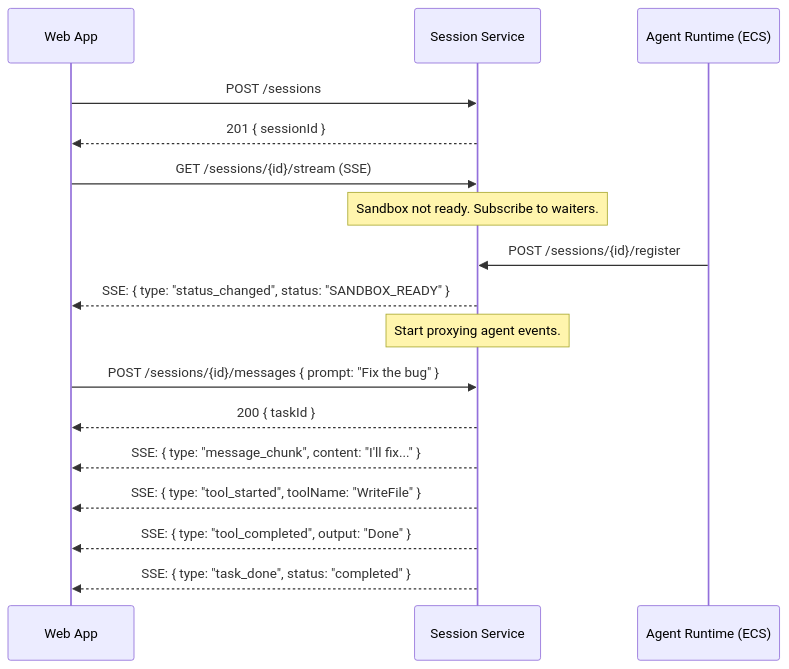
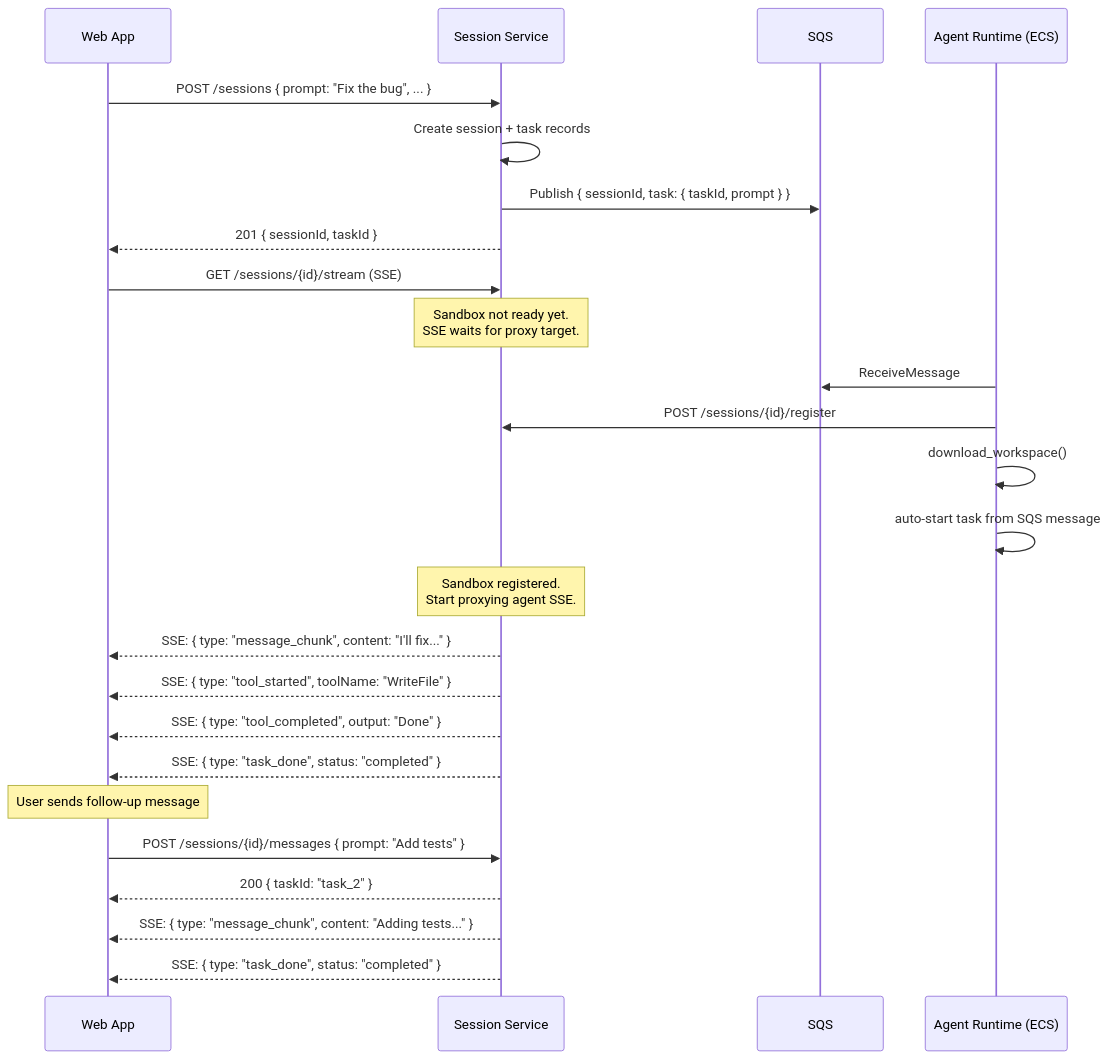
One commit to suman724/cowork-infra changed the second of 4 diagrams in docs/design/simplified-session-api.md. Above: the diagram before and after it, drawn with Mermaid. The commit also changed other lines of this file, not shown here.

First line of the commit message:
docs: bundled first task, remove SseNotifier, simplify /stream

````diff
--- a/docs/design/simplified-session-api.md
+++ b/docs/design/simplified-session-api.md
@@ -252,24 +275,34 @@
 ```mermaid
 sequenceDiagram
     participant Web as Web App
     participant SS as Session Service
+    participant SQS as SQS
     participant Agent as Agent Runtime (ECS)
 
-    Web->>SS: POST /sessions
-    SS-->>Web: 201 { sessionId }
+    Web->>SS: POST /sessions { prompt: "Fix the bug", ... }
+    SS->>SS: Create session + task records
+    SS->>SQS: Publish { sessionId, task: { taskId, prompt } }
+    SS-->>Web: 201 { sessionId, taskId }
 
     Web->>SS: GET /sessions/{id}/stream (SSE)
-    Note over SS: Sandbox not ready. Subscribe to waiters.
+    Note over SS: Sandbox not ready yet.<br/>SSE waits for proxy target.
 
+    Agent->>SQS: ReceiveMessage
     Agent->>SS: POST /sessions/{id}/register
-    SS-->>Web: SSE: { type: "status_changed", status: "SANDBOX_READY" }
-    Note over SS: Start proxying agent events.
+    Agent->>Agent: download_workspace()
+    Agent->>Agent: auto-start task from SQS message
 
-    Web->>SS: POST /sessions/{id}/messages { prompt: "Fix the bug" }
-    SS-->>Web: 200 { taskId }
+    Note over SS: Sandbox registered.<br/>Start proxying agent SSE.
 
     SS-->>Web: SSE: { type: "message_chunk", content: "I'll fix..." }
     SS-->>Web: SSE: { type: "tool_started", toolName: "WriteFile" }
     SS-->>Web: SSE: { type: "tool_completed", output: "Done" }
     SS-->>Web: SSE: { type: "task_done", status: "completed" }
+
+    Note over Web: User sends follow-up message
+    Web->>SS: POST /sessions/{id}/messages { prompt: "Add tests" }
+    SS-->>Web: 200 { taskId: "task_2" }
+
+    SS-->>Web: SSE: { type: "message_chunk", content: "Adding tests..." }
+    SS-->>Web: SSE: { type: "task_done", status: "completed" }
 ```
````
